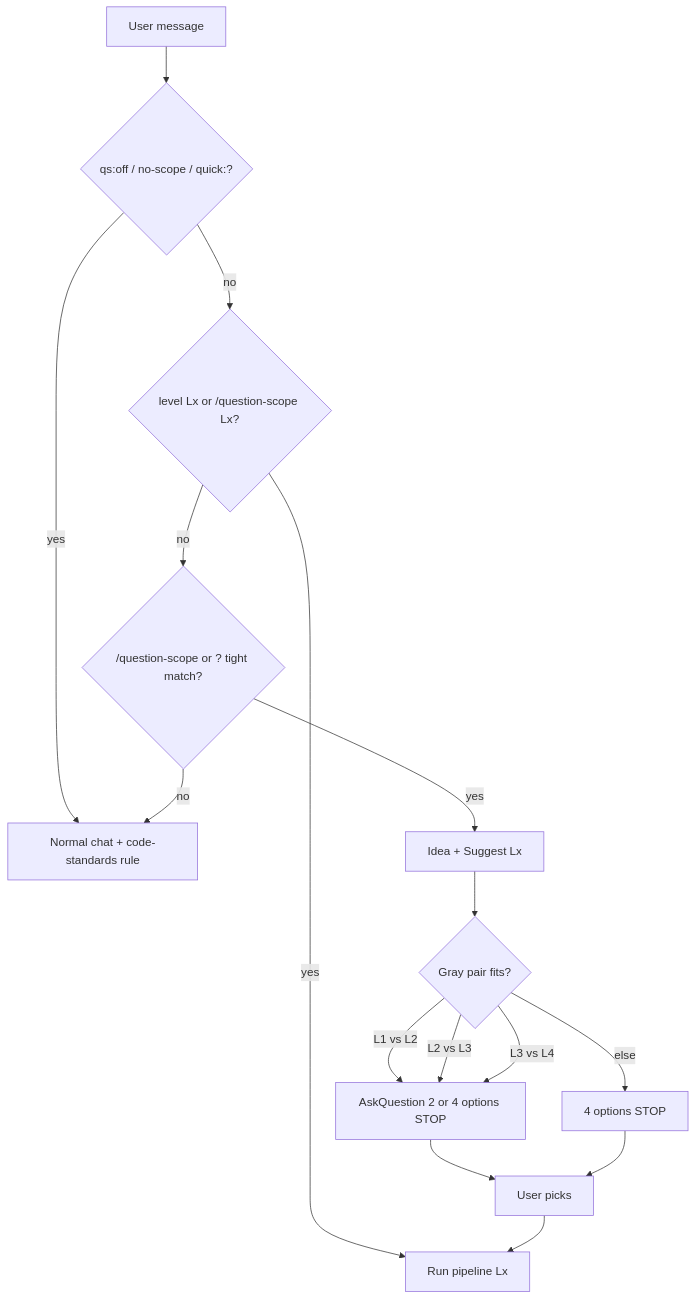
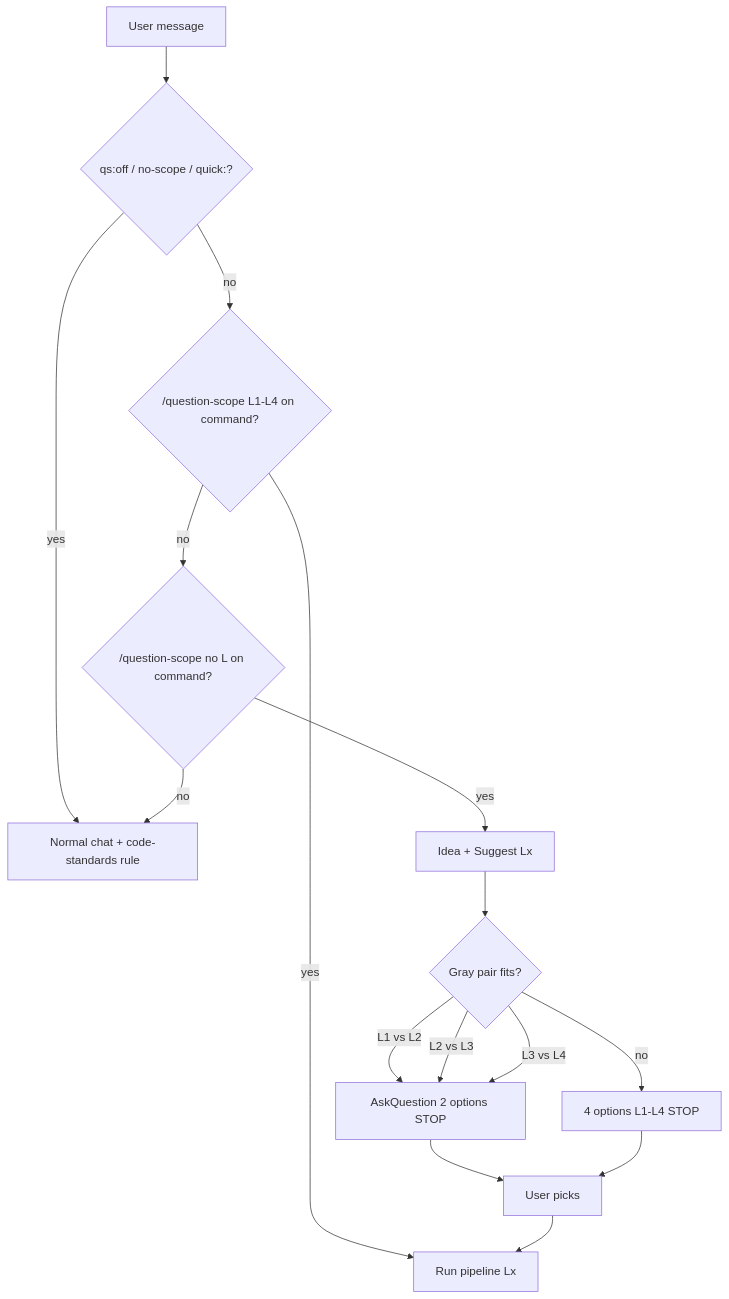
The diagram in skills/question-scope/references/level-picker.md (duongvanhaiwork-coder/workspace), drawn with Mermaid before and after one commit. The commit also changed other lines of this file and 21 other files, not shown here.

````diff
--- a/skills/question-scope/references/level-picker.md
+++ b/skills/question-scope/references/level-picker.md
@@ -7,18 +7,18 @@
 ```mermaid
 flowchart TD
   A[User message] --> B{qs:off / no-scope / quick:?}
   B -->|yes| Z[Normal chat + code-standards rule]
-  B -->|no| C{level Lx or /question-scope Lx?}
+  B -->|no| C{/question-scope L1-L4 on command?}
   C -->|yes| D[Run pipeline Lx]
-  C -->|no| E{/question-scope or ? tight match?}
+  C -->|no| E{/question-scope no L on command?}
   E -->|no| Z
   E -->|yes| F[Idea + Suggest Lx]
   F --> G{Gray pair fits?}
-  G -->|L1 vs L2| H[AskQuestion 2 or 4 options STOP]
+  G -->|no| I[4 options L1-L4 STOP]
+  G -->|L1 vs L2| H[AskQuestion 2 options STOP]
   G -->|L2 vs L3| H
   G -->|L3 vs L4| H
-  G -->|else| I[4 options STOP]
   H --> J[User picks]
   I --> J
   J --> D
 ```
````
